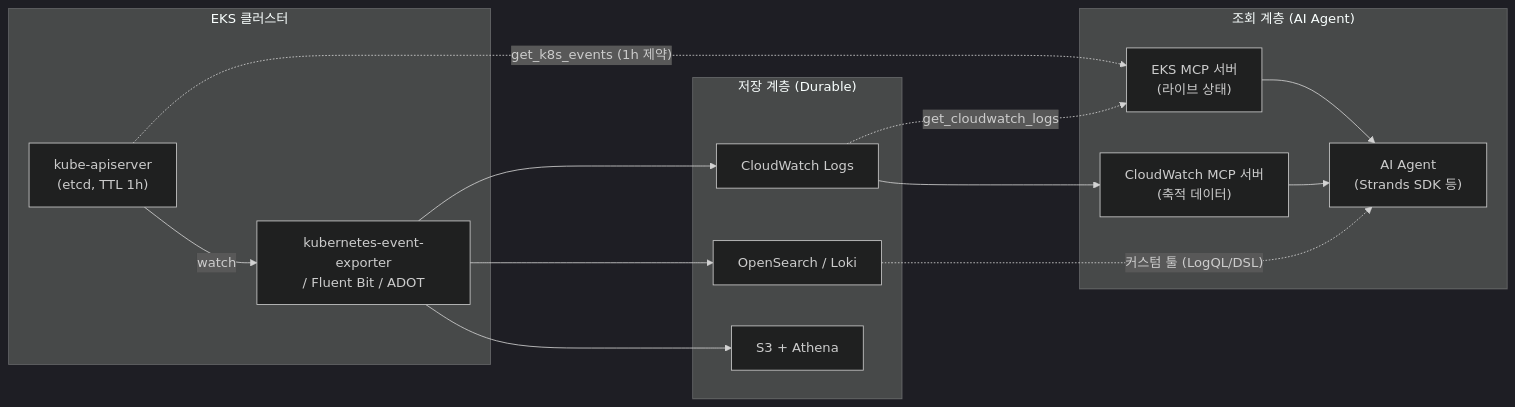
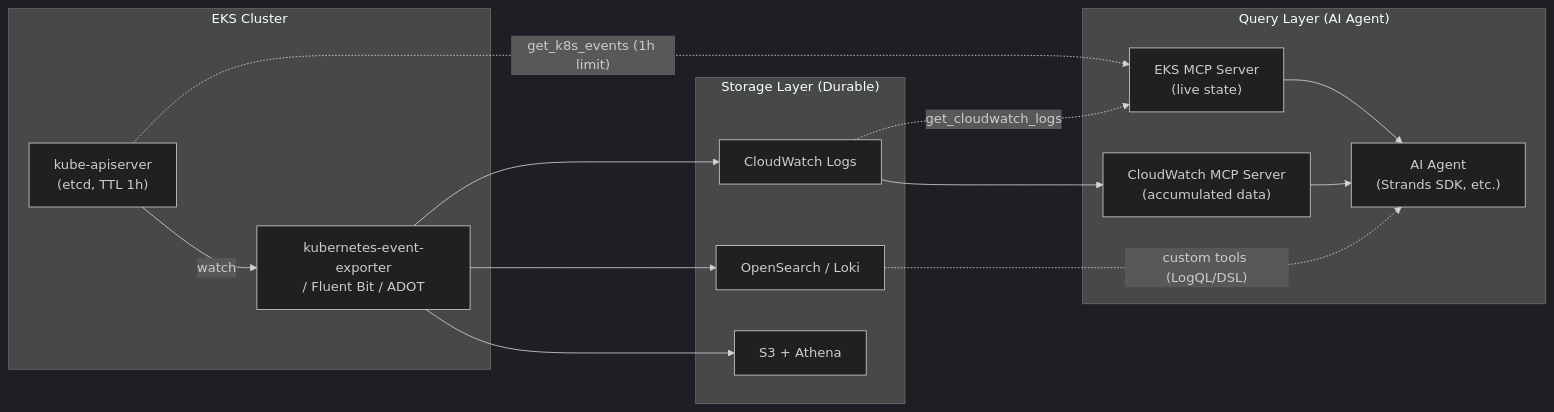
Before and after one commit to devfloor9/engineering-playbook: the diagram in docs/eks-best-practices/operations-reliability/k8s-event-management.md, drawn with Mermaid (dark theme). The commit also changed other lines of this file and 954 other files, not shown here.

````diff
--- a/docs/eks-best-practices/operations-reliability/k8s-event-management.md
+++ b/docs/eks-best-practices/operations-reliability/k8s-event-management.md
@@ -52,30 +52,30 @@
 ```mermaid
 flowchart LR
-    subgraph K8S["EKS 클러스터"]
+    subgraph K8S["EKS Cluster"]
         API["kube-apiserver<br/>(etcd, TTL 1h)"]
         EXP["kubernetes-event-exporter<br/>/ Fluent Bit / ADOT"]
         API -- watch --> EXP
     end
 
-    subgraph STORE["저장 계층 (Durable)"]
+    subgraph STORE["Storage Layer (Durable)"]
         CW["CloudWatch Logs"]
         OS["OpenSearch / Loki"]
         S3["S3 + Athena"]
     end
 
-    subgraph QUERY["조회 계층 (AI Agent)"]
-        EKSMCP["EKS MCP 서버<br/>(라이브 상태)"]
-        CWMCP["CloudWatch MCP 서버<br/>(축적 데이터)"]
-        AGENT["AI Agent<br/>(Strands SDK 등)"]
+    subgraph QUERY["Query Layer (AI Agent)"]
+        EKSMCP["EKS MCP Server<br/>(live state)"]
+        CWMCP["CloudWatch MCP Server<br/>(accumulated data)"]
+        AGENT["AI Agent<br/>(Strands SDK, etc.)"]
     end
 
     EXP --> CW
     EXP --> OS
     EXP --> S3
-    API -. "get_k8s_events (1h 제약)" .-> EKSMCP
+    API -. "get_k8s_events (1h limit)" .-> EKSMCP
     CW --> CWMCP
     CW -. get_cloudwatch_logs .-> EKSMCP
     EKSMCP --> AGENT
     CWMCP --> AGENT
-    OS -. "커스텀 툴 (LogQL/DSL)" .-> AGENT
+    OS -. "custom tools (LogQL/DSL)" .-> AGENT
 ```
````
